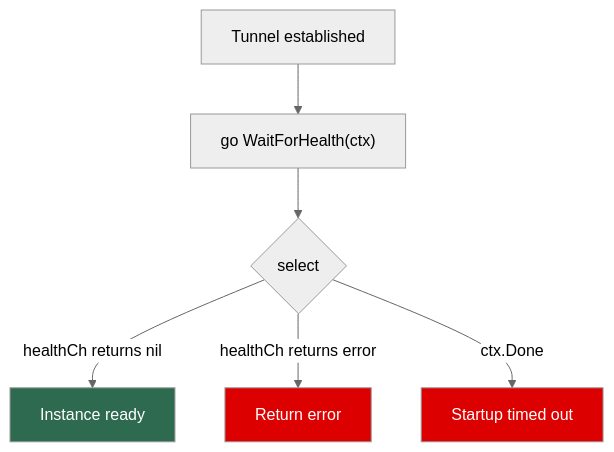
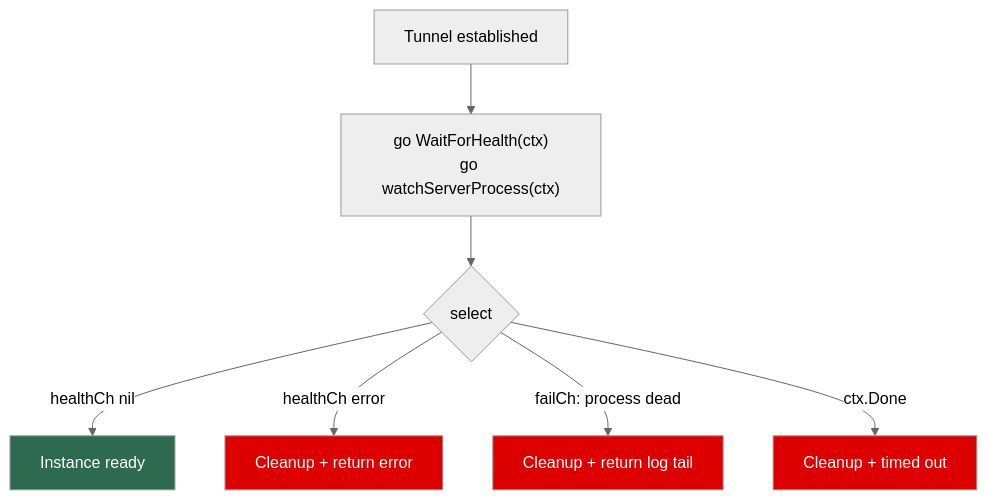
Before and after one commit to WWTLF/mycodeagent: the fourth of 6 diagrams in docs/Solution.md, drawn with Mermaid (neutral theme). The commit also changed other lines of this file and 25 other files, not shown here.

````diff
--- a/docs/Solution.md
+++ b/docs/Solution.md
@@ -378,12 +297,14 @@
 ```mermaid
 flowchart TD
-    START["Tunnel established"] --> SPAWN["go WaitForHealth(ctx)"]
+    START["Tunnel established"] --> SPAWN["go WaitForHealth(ctx)<br/>go watchServerProcess(ctx)"]
     SPAWN --> SELECT{"select"}
-    SELECT -->|healthCh returns nil| OK["Instance ready"]
-    SELECT -->|healthCh returns error| FAIL["Return error"]
-    SELECT -->|ctx.Done| TIMEOUT["Startup timed out"]
+    SELECT -->|healthCh nil| OK["Instance ready"]
+    SELECT -->|healthCh error| FAIL["Cleanup + return error"]
+    SELECT -->|failCh: process dead| CRASH["Cleanup + return log tail"]
+    SELECT -->|ctx.Done| TIMEOUT["Cleanup + timed out"]
 
     style OK fill:#2d6a4f,color:#fff
     style FAIL fill:#d00,color:#fff
+    style CRASH fill:#d00,color:#fff
     style TIMEOUT fill:#d00,color:#fff
 ```
````
